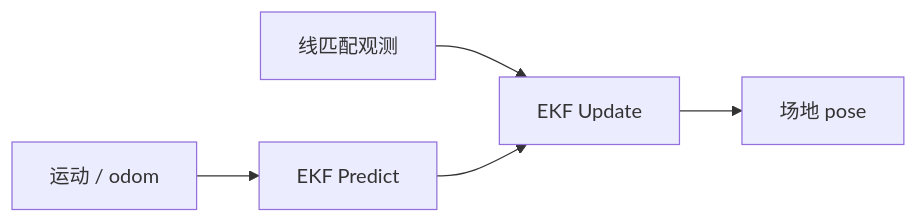
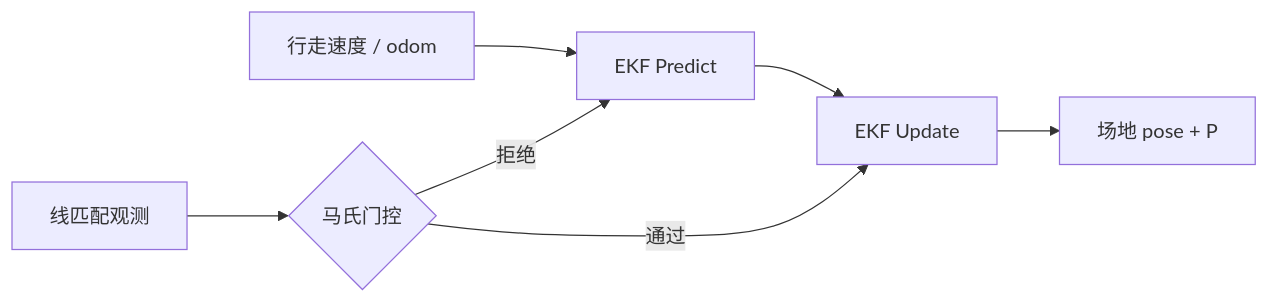
One commit to ImChong/Robotics_Notebooks changed the diagram in wiki/methods/visual-line-ekf-fusion.md. Above: the diagram before and after it, drawn with Mermaid. The commit also changed other lines of this file and 25 other files, not shown here.

````diff
--- a/wiki/methods/visual-line-ekf-fusion.md
+++ b/wiki/methods/visual-line-ekf-fusion.md
@@ -56,6 +78,9 @@
 ```mermaid
 flowchart LR
-  MOTION["运动 / odom"] --> PRED["EKF Predict"]
-  MATCH["线匹配观测"] --> UPD["EKF Update"]
-  PRED --> UPD --> POSE["场地 pose"]
+  MOTION["行走速度 / odom"] --> PRED["EKF Predict"]
+  MATCH["线匹配观测"] --> GATE{"马氏门控"}
+  GATE -->|通过| UPD["EKF Update"]
+  GATE -->|拒绝| PRED
+  PRED --> UPD
+  UPD --> OUT["场地 pose + P"]
 ```
````
